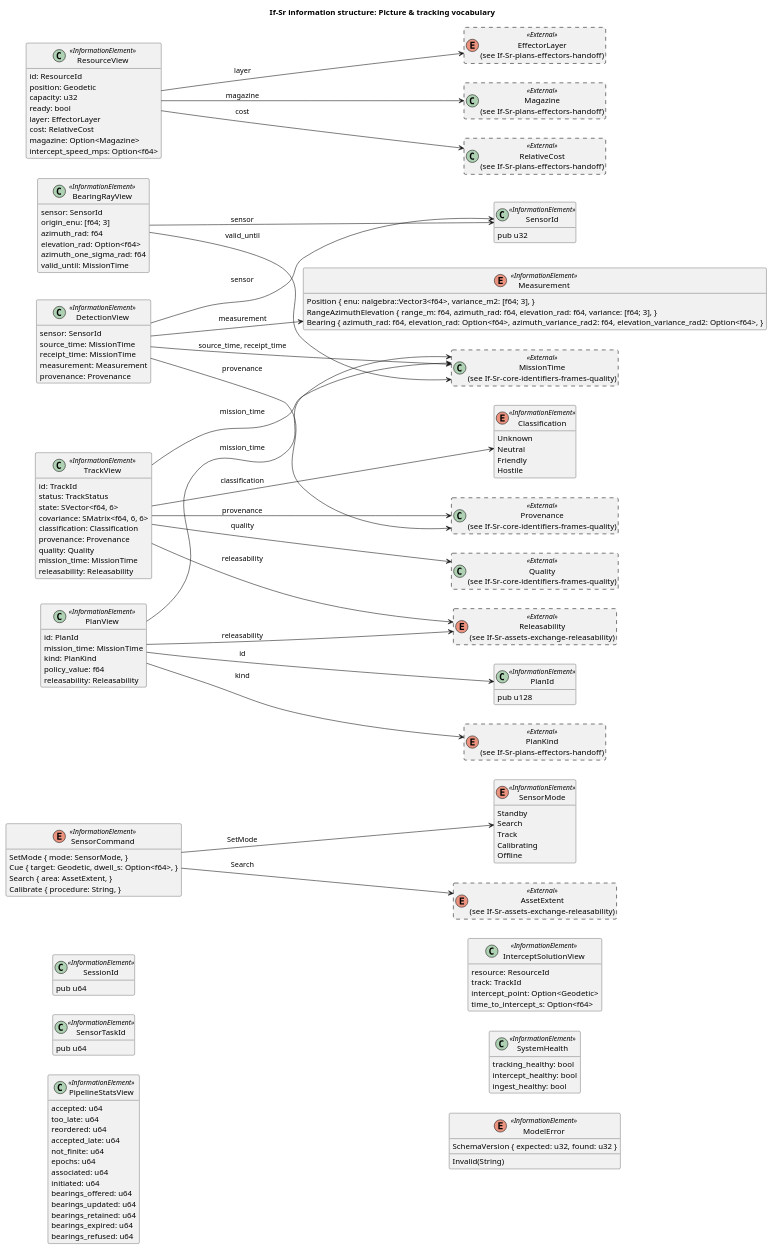
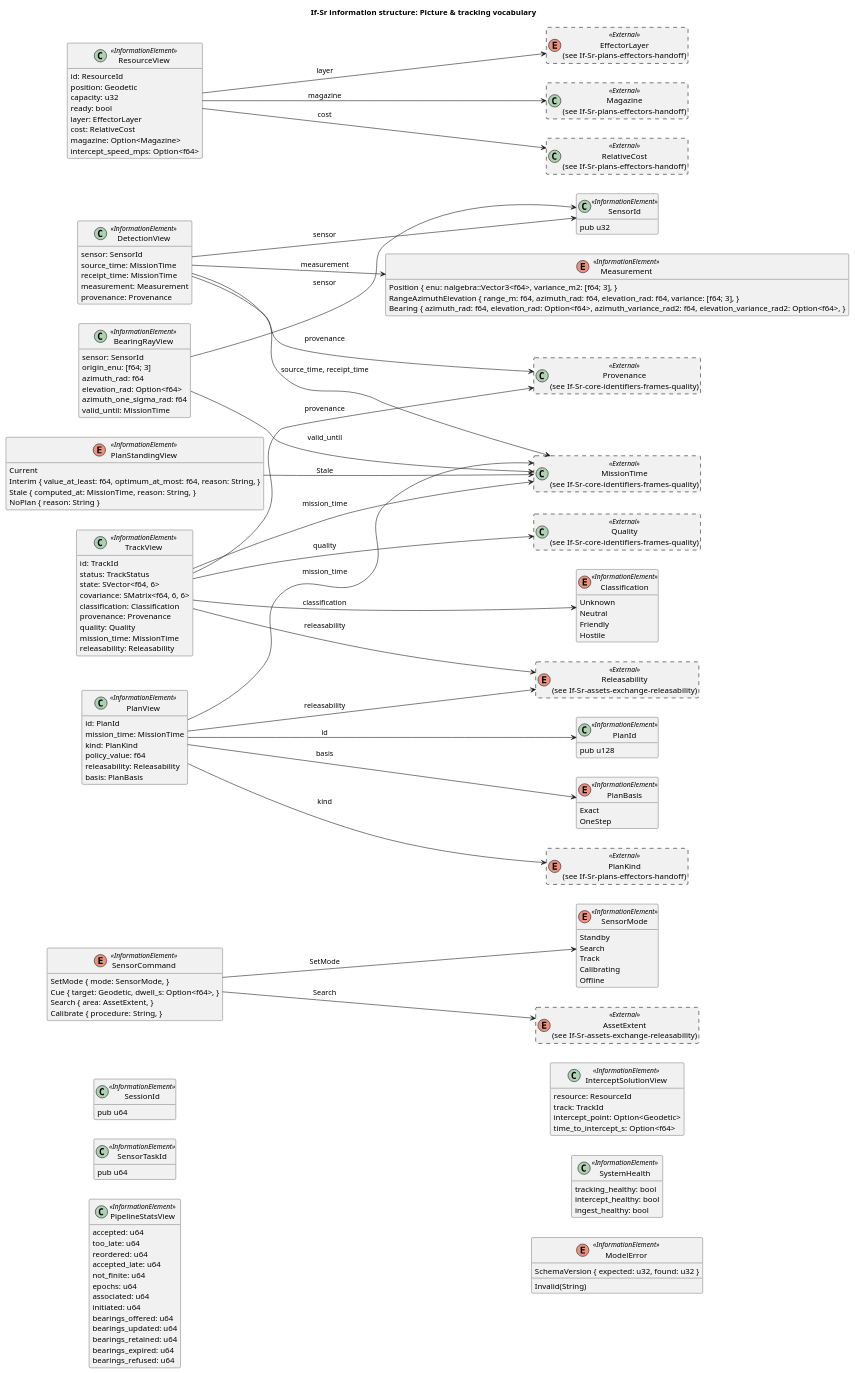
Before and after one commit to WayneRoessling/gungnir: the diagram in docs/architecture/uaf/information/If-Sr-picture-tracking-vocabulary.puml, drawn with PlantUML. The commit also changed 63 other files, not shown here.

First line of the commit message:
GAP-156, GAP-157: an interim plan, and a linked desktop told how old the node's plan is (#182)

```diff
--- a/docs/architecture/uaf/information/If-Sr-picture-tracking-vocabulary.puml
+++ b/docs/architecture/uaf/information/If-Sr-picture-tracking-vocabulary.puml
@@ -1,153 +1,166 @@
 @startuml If-Sr-picture-tracking-vocabulary
 title If-Sr information structure: Picture & tracking vocabulary
 left to right direction
 hide empty members
 skinparam classAttributeIconSize 0
 enum "SensorMode" as SensorMode <<InformationElement>> {
   Standby
   Search
   Track
   Calibrating
   Offline
 }
 class "SessionId" as SessionId <<InformationElement>> {
   pub u64
 }
 class "SensorId" as SensorId <<InformationElement>> {
   pub u32
 }
 class "SensorTaskId" as SensorTaskId <<InformationElement>> {
   pub u64
 }
 enum "SensorCommand" as SensorCommand <<InformationElement>> {
   SetMode { mode: SensorMode, }
   Cue { target: Geodetic, dwell_s: Option<f64>, }
   Search { area: AssetExtent, }
   Calibrate { procedure: String, }
 }
 enum "Classification" as Classification <<InformationElement>> {
   Unknown
   Neutral
   Friendly
   Hostile
 }
 enum "Measurement" as Measurement <<InformationElement>> {
   Position { enu: nalgebra::Vector3<f64>, variance_m2: [f64; 3], }
   RangeAzimuthElevation { range_m: f64, azimuth_rad: f64, elevation_rad: f64, variance: [f64; 3], }
   Bearing { azimuth_rad: f64, elevation_rad: Option<f64>, azimuth_variance_rad2: f64, elevation_variance_rad2: Option<f64>, }
 }
 class "DetectionView" as DetectionView <<InformationElement>> {
   sensor: SensorId
   source_time: MissionTime
   receipt_time: MissionTime
   measurement: Measurement
   provenance: Provenance
 }
 class "TrackView" as TrackView <<InformationElement>> {
   id: TrackId
   status: TrackStatus
   state: SVector<f64, 6>
   covariance: SMatrix<f64, 6, 6>
   classification: Classification
   provenance: Provenance
   quality: Quality
   mission_time: MissionTime
   releasability: Releasability
 }
 class "BearingRayView" as BearingRayView <<InformationElement>> {
   sensor: SensorId
   origin_enu: [f64; 3]
   azimuth_rad: f64
   elevation_rad: Option<f64>
   azimuth_one_sigma_rad: f64
   valid_until: MissionTime
 }
 class "PipelineStatsView" as PipelineStatsView <<InformationElement>> {
   accepted: u64
   too_late: u64
   reordered: u64
   accepted_late: u64
   not_finite: u64
   epochs: u64
   associated: u64
   initiated: u64
   bearings_offered: u64
   bearings_updated: u64
   bearings_retained: u64
   bearings_expired: u64
   bearings_refused: u64
 }
 class "ResourceView" as ResourceView <<InformationElement>> {
   id: ResourceId
   position: Geodetic
   capacity: u32
   ready: bool
   layer: EffectorLayer
   cost: RelativeCost
   magazine: Option<Magazine>
   intercept_speed_mps: Option<f64>
 }
 class "PlanId" as PlanId <<InformationElement>> {
   pub u128
 }
 class "InterceptSolutionView" as InterceptSolutionView <<InformationElement>> {
   resource: ResourceId
   track: TrackId
   intercept_point: Option<Geodetic>
   time_to_intercept_s: Option<f64>
 }
 class "PlanView" as PlanView <<InformationElement>> {
   id: PlanId
   mission_time: MissionTime
   kind: PlanKind
   policy_value: f64
   releasability: Releasability
+  basis: PlanBasis
+}
+enum "PlanBasis" as PlanBasis <<InformationElement>> {
+  Exact
+  OneStep
+}
+enum "PlanStandingView" as PlanStandingView <<InformationElement>> {
+  Current
+  Interim { value_at_least: f64, optimum_at_most: f64, reason: String, }
+  Stale { computed_at: MissionTime, reason: String, }
+  NoPlan { reason: String }
 }
 class "SystemHealth" as SystemHealth <<InformationElement>> {
   tracking_healthy: bool
   intercept_healthy: bool
   ingest_healthy: bool
 }
 enum "ModelError" as ModelError <<InformationElement>> {
   SchemaVersion { expected: u32, found: u32 }
   Invalid(String)
 }
 enum "AssetExtent\n(see If-Sr-assets-exchange-releasability)" as AssetExtent <<External>> #line.dashed {
 }
 enum "EffectorLayer\n(see If-Sr-plans-effectors-handoff)" as EffectorLayer <<External>> #line.dashed {
 }
 class "Magazine\n(see If-Sr-plans-effectors-handoff)" as Magazine <<External>> #line.dashed {
 }
 class "MissionTime\n(see If-Sr-core-identifiers-frames-quality)" as MissionTime <<External>> #line.dashed {
 }
 enum "PlanKind\n(see If-Sr-plans-effectors-handoff)" as PlanKind <<External>> #line.dashed {
 }
 class "Provenance\n(see If-Sr-core-identifiers-frames-quality)" as Provenance <<External>> #line.dashed {
 }
 class "Quality\n(see If-Sr-core-identifiers-frames-quality)" as Quality <<External>> #line.dashed {
 }
 class "RelativeCost\n(see If-Sr-plans-effectors-handoff)" as RelativeCost <<External>> #line.dashed {
 }
 enum "Releasability\n(see If-Sr-assets-exchange-releasability)" as Releasability <<External>> #line.dashed {
 }
 SensorCommand --> AssetExtent : Search
 SensorCommand --> SensorMode : SetMode
 DetectionView --> Measurement : measurement
 DetectionView --> MissionTime : source_time, receipt_time
 DetectionView --> Provenance : provenance
 DetectionView --> SensorId : sensor
 TrackView --> Classification : classification
 TrackView --> MissionTime : mission_time
 TrackView --> Provenance : provenance
 TrackView --> Quality : quality
 TrackView --> Releasability : releasability
 BearingRayView --> MissionTime : valid_until
 BearingRayView --> SensorId : sensor
 ResourceView --> EffectorLayer : layer
 ResourceView --> Magazine : magazine
 ResourceView --> RelativeCost : cost
 PlanView --> MissionTime : mission_time
+PlanView --> PlanBasis : basis
 PlanView --> PlanId : id
 PlanView --> PlanKind : kind
 PlanView --> Releasability : releasability
+PlanStandingView --> MissionTime : Stale
 @enduml
```
